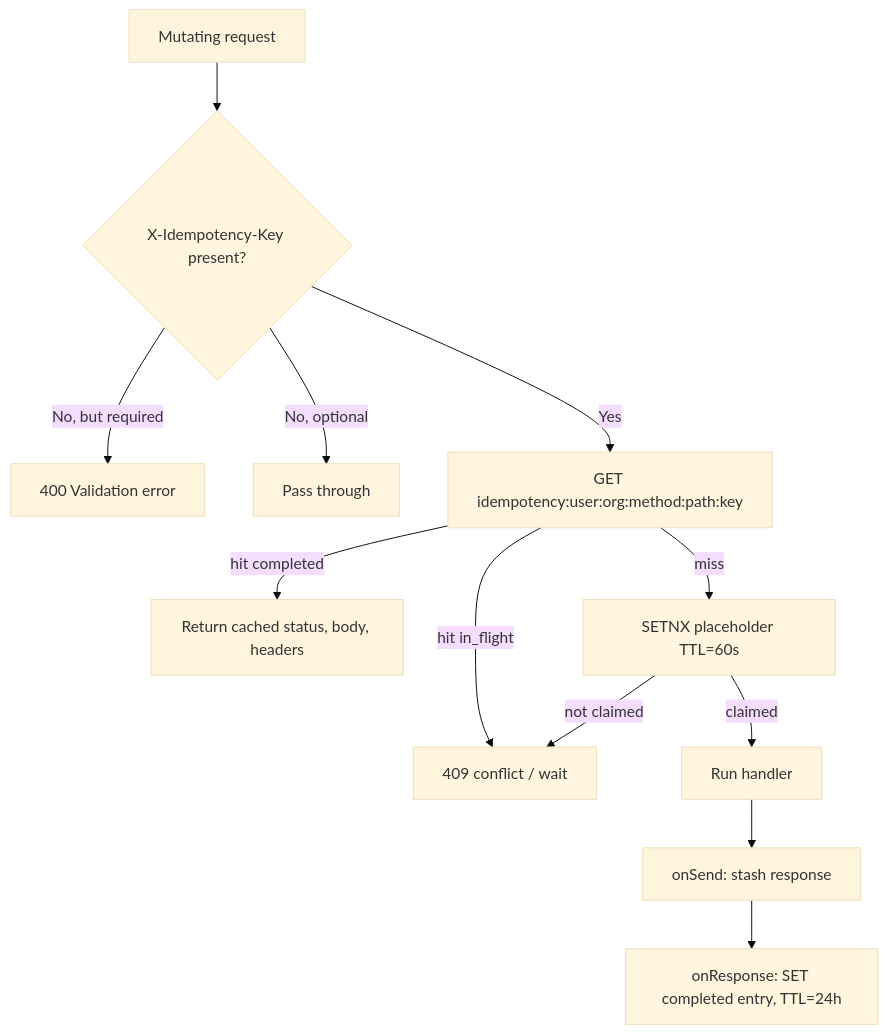
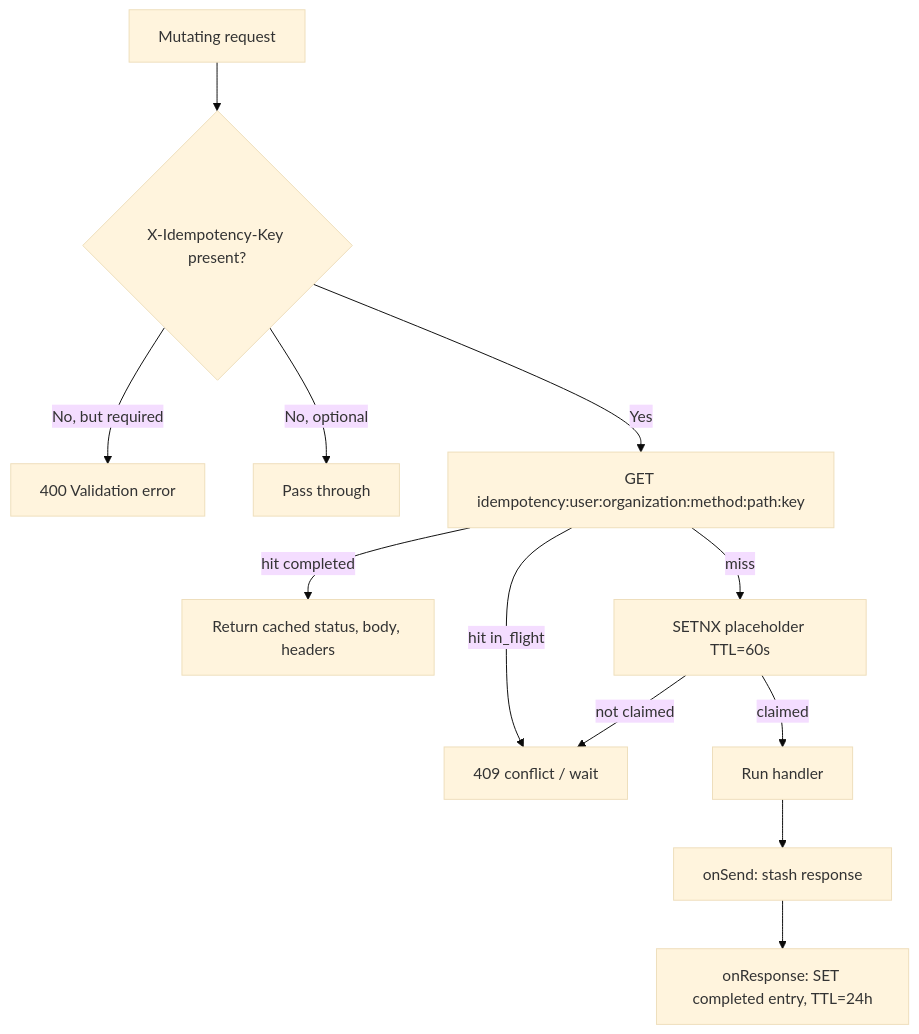
Before and after one commit to Albetrios/core-be: the second of 3 diagrams in src/PATTERNS.md, drawn with Mermaid (base theme). The commit also changed other lines of this file and 468 other files, not shown here.

````diff
--- a/src/PATTERNS.md
+++ b/src/PATTERNS.md
@@ -86,14 +86,14 @@
 ```mermaid
 flowchart TD
     A[Mutating request] --> B{X-Idempotency-Key present?}
     B -- No, but required --> R[400 Validation error]
     B -- No, optional --> X[Pass through]
-    B -- Yes --> C[GET idempotency:user:org:method:path:key]
+    B -- Yes --> C[GET idempotency:user:organization:method:path:key]
     C -- hit completed --> D[Return cached status, body, headers]
     C -- hit in_flight --> E[409 conflict / wait]
     C -- miss --> F[SETNX placeholder TTL=60s]
     F -- claimed --> G[Run handler]
     G --> H[onSend: stash response]
     H --> I[onResponse: SET completed entry, TTL=24h]
     F -- not claimed --> E
 ```
````
